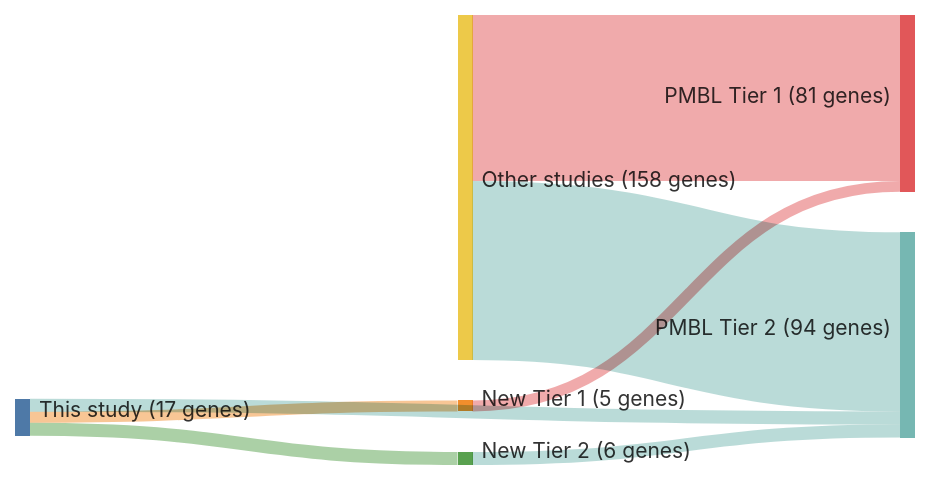
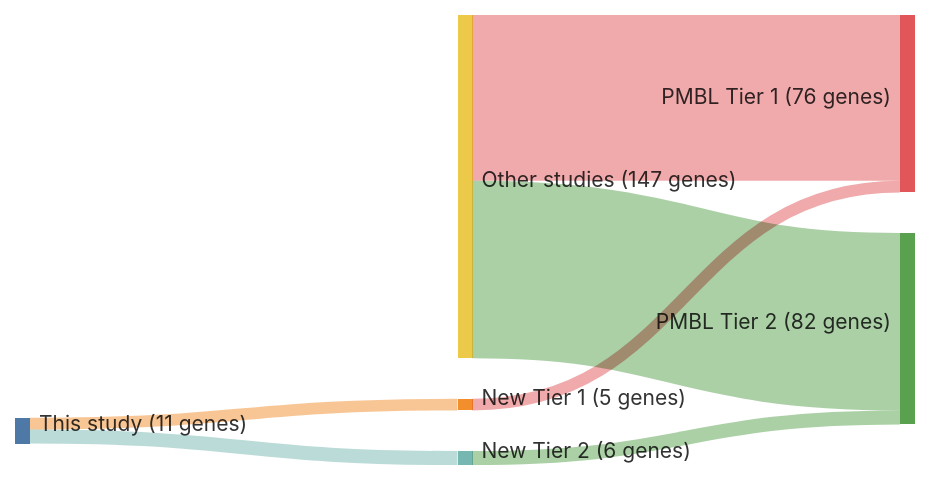
One commit to morinlab/lymphopedia changed the diagram in papers/sarkozyMutationalLandscapeGray2021a.md. Above: the diagram before and after it, drawn with Mermaid. The commit also changed 81 other files, not shown here.

````diff
--- a/papers/sarkozyMutationalLandscapeGray2021a.md
+++ b/papers/sarkozyMutationalLandscapeGray2021a.md
@@ -12,21 +12,20 @@
 ```mermaid
 ---
 config:
     sankey:
         showValues: true
         linkColor: target
         width: 600
         height: 300
         nodeAlignment: right
         prefix: '('
         suffix: ' genes)'
 ---
 sankey-beta
 This study, New Tier 1, 5
 New Tier 1, PMBL Tier 1, 5
-This study, PMBL Tier 2, 6
 This study, New Tier 2, 6
 New Tier 2, PMBL Tier 2, 6
-Other studies, PMBL Tier 1, 76
-Other studies, PMBL Tier 2, 82
+Other studies, PMBL Tier 1, 71
+Other studies, PMBL Tier 2, 76
 ```
````
